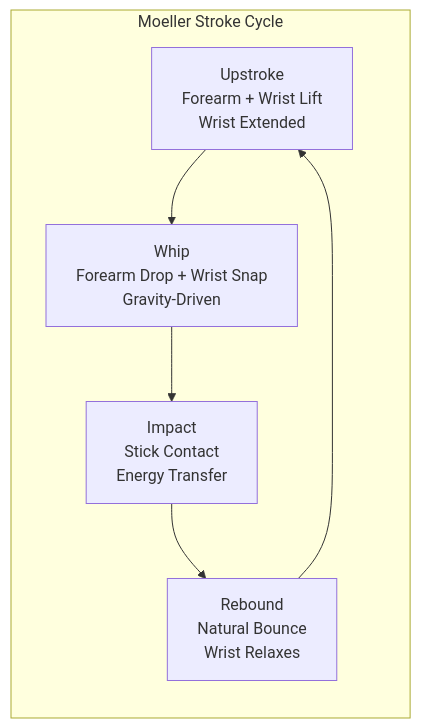
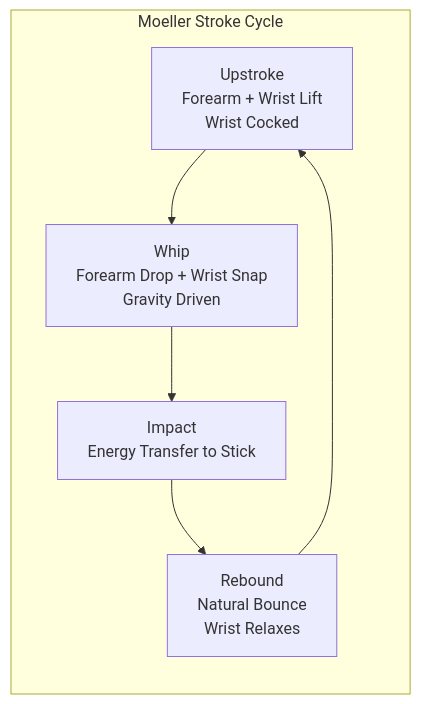
Before and after one commit to blebleblee/synapse: the fourth of 5 diagrams in topics/arts/music_performance/drums/lesson_01_rudiments_grip_and_rebound.md, drawn with Mermaid. The commit also changed other lines of this file and 2 other files, not shown here.

````diff
--- a/topics/arts/music_performance/drums/lesson_01_rudiments_grip_and_rebound.md
+++ b/topics/arts/music_performance/drums/lesson_01_rudiments_grip_and_rebound.md
@@ -357,9 +257,9 @@
 ```mermaid
 graph LR
     subgraph sub_moeller ["Moeller Stroke Cycle"]
-        A["Upstroke<br/>Forearm + Wrist Lift<br/>Wrist Extended"] --> B["Whip<br/>Forearm Drop + Wrist Snap<br/>Gravity-Driven"]
-        B --> C["Impact<br/>Stick Contact<br/>Energy Transfer"]
+        A["Upstroke<br/>Forearm + Wrist Lift<br/>Wrist Cocked"] --> B["Whip<br/>Forearm Drop + Wrist Snap<br/>Gravity Driven"]
+        B --> C["Impact<br/>Energy Transfer to Stick"]
         C --> D["Rebound<br/>Natural Bounce<br/>Wrist Relaxes"]
         D --> A
     end
 ```
````
